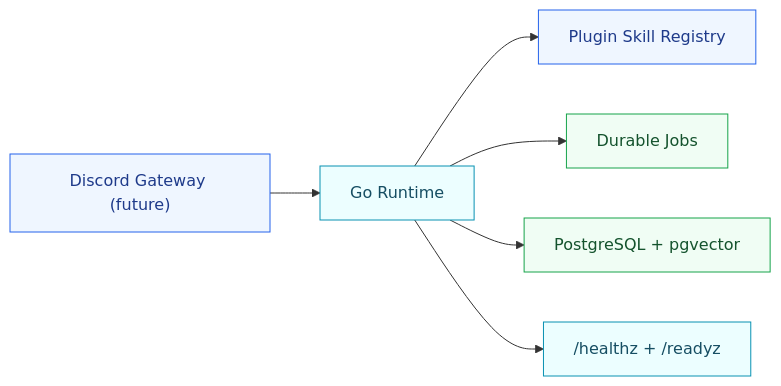
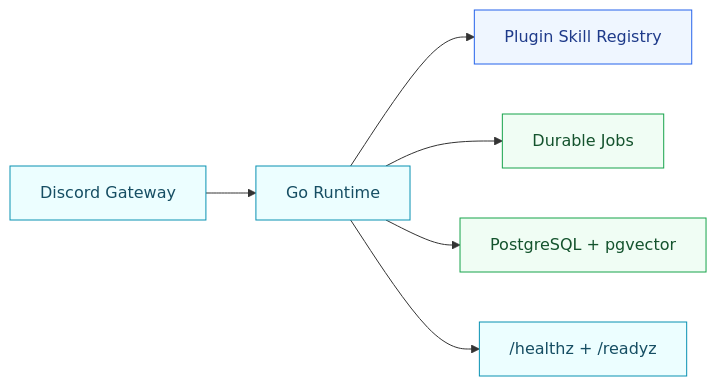
The diagram in README.md (gOps132/GigiDC), drawn with Mermaid before and after one commit. The commit also changed other lines of this file and 6 other files, not shown here.

Commit message:
docs: update discord core status

````diff
--- a/README.md
+++ b/README.md
@@ -25,14 +25,14 @@
 ```mermaid
 flowchart LR
-    Discord["Discord Gateway (future)"] --> App["Go Runtime"]
+    Discord["Discord Gateway"] --> App["Go Runtime"]
     App --> Plugins["Plugin Skill Registry"]
     App --> Jobs["Durable Jobs"]
     App --> DB["PostgreSQL + pgvector"]
     App --> Health["/healthz + /readyz"]
     classDef future fill:#eff6ff,stroke:#2563eb,color:#1e3a8a;
     classDef core fill:#ecfeff,stroke:#0891b2,color:#164e63;
     classDef state fill:#f0fdf4,stroke:#16a34a,color:#14532d;
-    class Discord,Plugins future;
-    class App,Health core;
+    class Plugins future;
+    class Discord,App,Health core;
     class Jobs,DB state;
 ```
````
